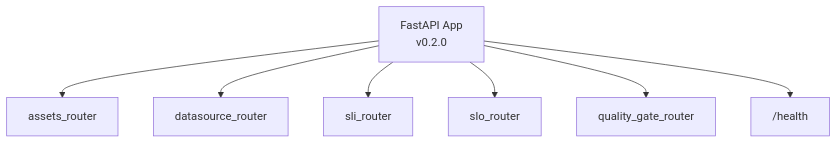
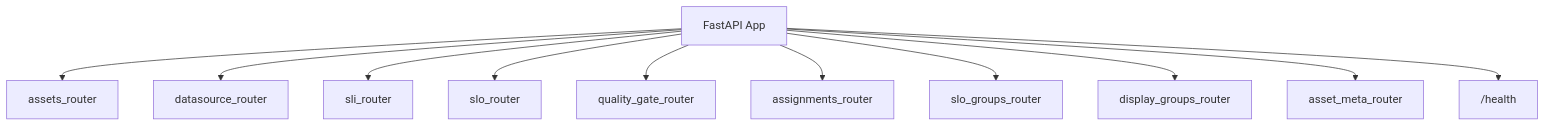
The first of 2 diagrams in api/docs/architecture.md (domik82/tropek), drawn with Mermaid before and after one commit. The commit also changed other lines of this file, not shown here.

First line of the commit message:
fix(docs): update api/docs/architecture.md with complete endpoint reference

````diff
--- a/api/docs/architecture.md
+++ b/api/docs/architecture.md
@@ -8,17 +8,25 @@
 ```mermaid
 graph TD
-    App["FastAPI App<br/>v0.2.0"]
+    App["FastAPI App"]
     R1["assets_router"]
     R2["datasource_router"]
     R3["sli_router"]
     R4["slo_router"]
     R5["quality_gate_router"]
+    R6["assignments_router"]
+    R7["slo_groups_router"]
+    R8["display_groups_router"]
+    R9["asset_meta_router"]
     H["/health"]
 
     App --> R1
     App --> R2
     App --> R3
     App --> R4
     App --> R5
+    App --> R6
+    App --> R7
+    App --> R8
+    App --> R9
     App --> H
 ```
````
